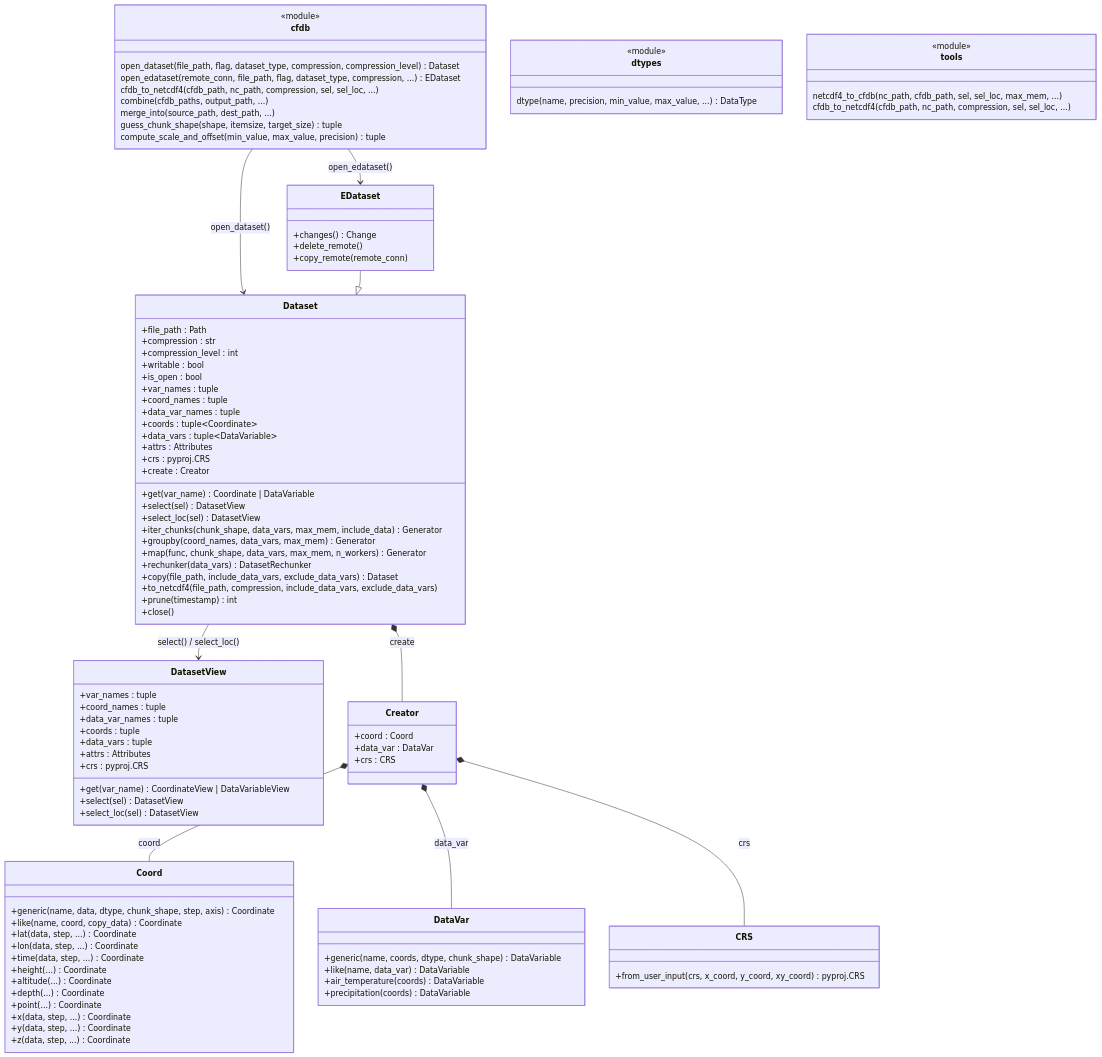
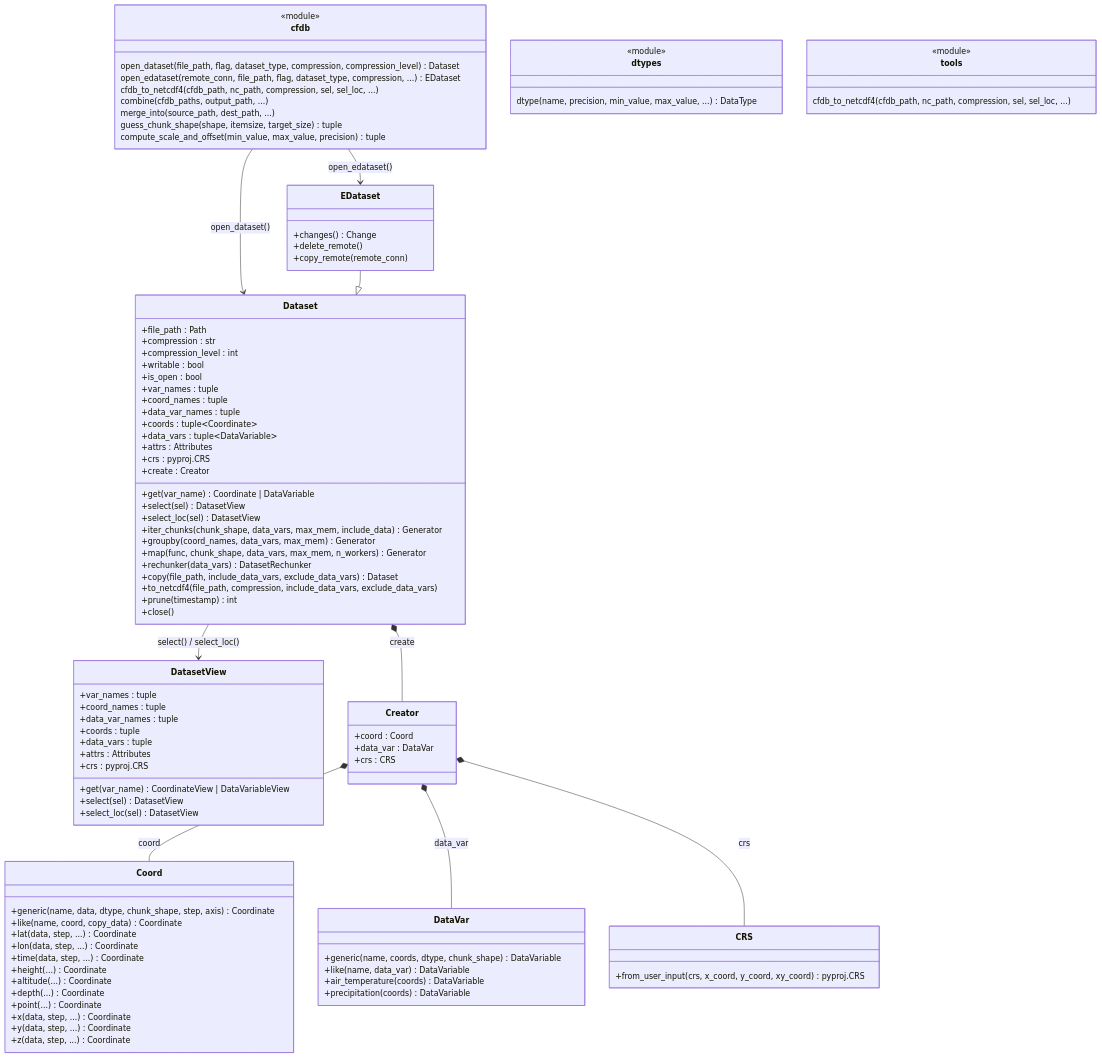
One commit to mullenkamp/cfdb changed the first of 3 diagrams in docs/concepts/architecture.md. Above: the diagram before and after it, drawn with Mermaid. The commit also changed 10 other files, not shown here.

```diff
--- a/docs/concepts/architecture.md
+++ b/docs/concepts/architecture.md
@@ -52,7 +52,6 @@
 
     class tools {
         <<module>>
-        netcdf4_to_cfdb(nc_path, cfdb_path, sel, sel_loc, max_mem, ...)
         cfdb_to_netcdf4(cfdb_path, nc_path, compression, sel, sel_loc, ...)
     }
 
```
